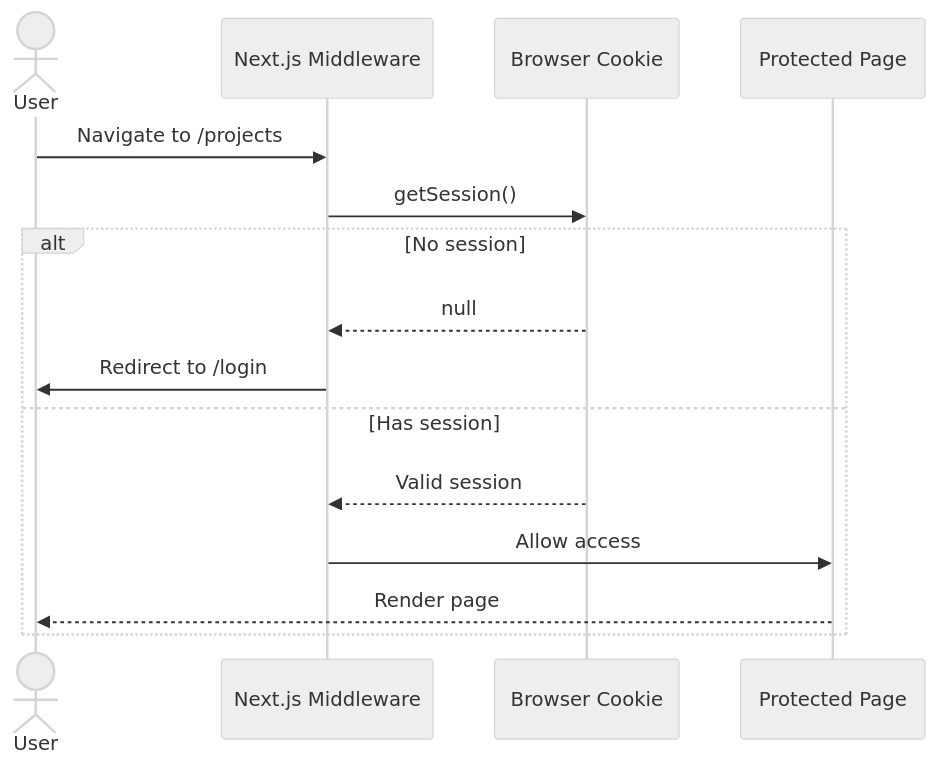
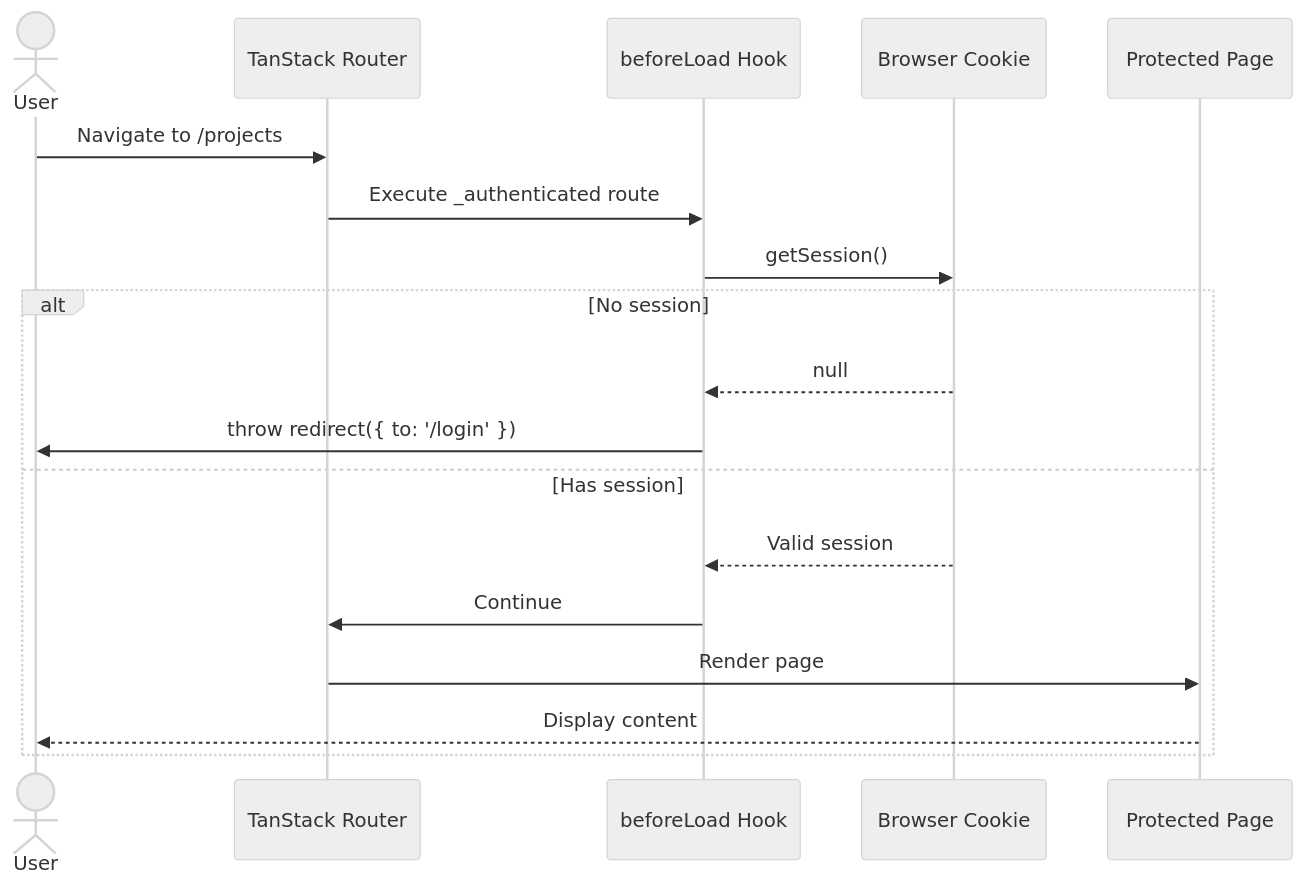
One commit to haowjy/meridian changed the fourth of 4 diagrams in _docs/technical/auth-overview.md. Above: the diagram before and after it, drawn with Mermaid (neutral theme). The commit also changed other lines of this file and 129 other files, not shown here.

````diff
--- a/_docs/technical/auth-overview.md
+++ b/_docs/technical/auth-overview.md
@@ -152,19 +135,22 @@
 ```mermaid
 sequenceDiagram
     actor User
-    participant Middleware as Next.js Middleware
+    participant Router as TanStack Router
+    participant beforeLoad as beforeLoad Hook
     participant Cookie as Browser Cookie
     participant Page as Protected Page
 
-    User->>Middleware: Navigate to /projects
-    Middleware->>Cookie: getSession()
+    User->>Router: Navigate to /projects
+    Router->>beforeLoad: Execute _authenticated route
+    beforeLoad->>Cookie: getSession()
 
     alt No session
-        Cookie-->>Middleware: null
-        Middleware->>User: Redirect to /login
+        Cookie-->>beforeLoad: null
+        beforeLoad->>User: throw redirect({ to: '/login' })
     else Has session
-        Cookie-->>Middleware: Valid session
-        Middleware->>Page: Allow access
-        Page-->>User: Render page
+        Cookie-->>beforeLoad: Valid session
+        beforeLoad->>Router: Continue
+        Router->>Page: Render page
+        Page-->>User: Display content
     end
 ```
````
